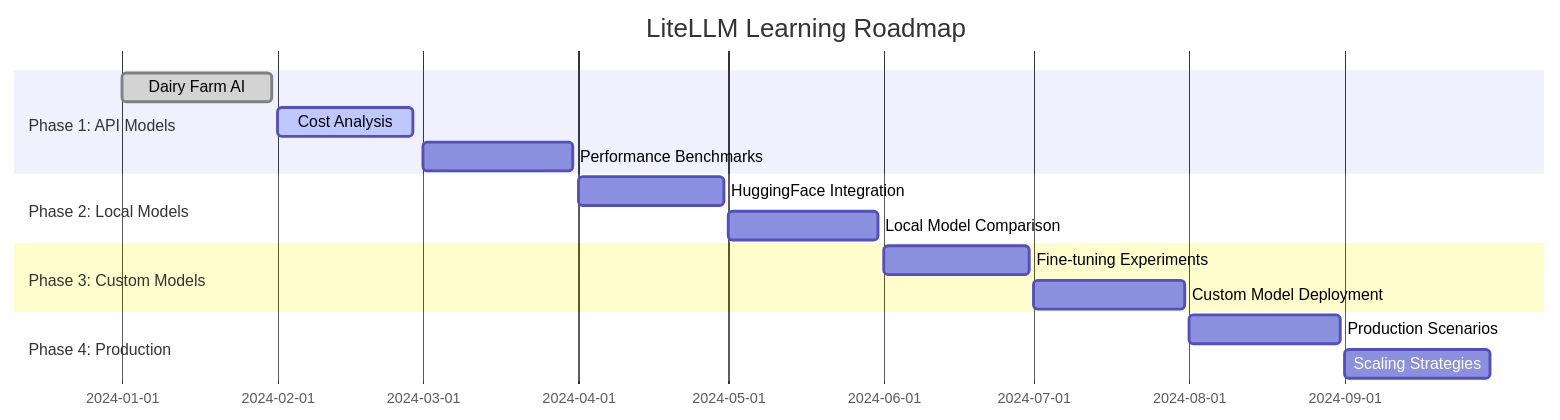
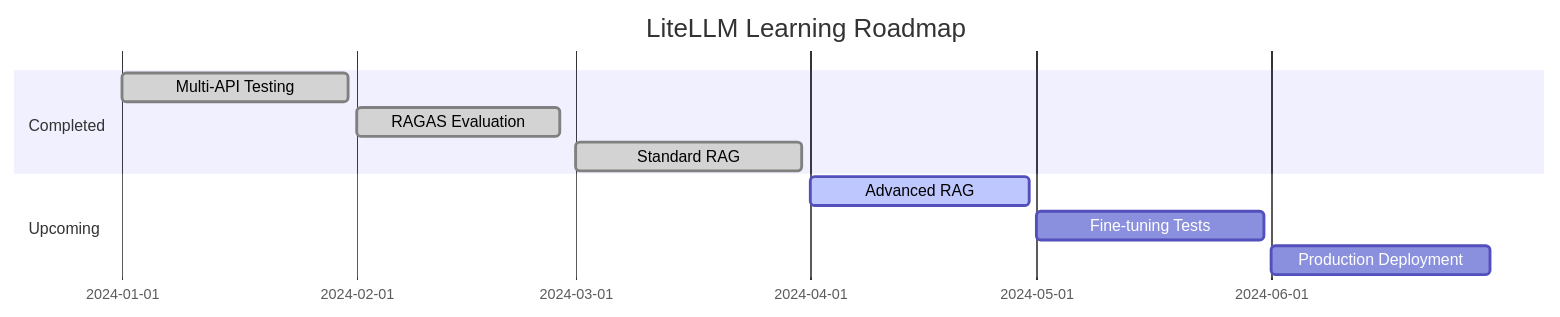
Before and after one commit to dhruvsh1997/LiteLLM-Experiments: the sixth of 8 diagrams in README.MD, drawn with Mermaid. The commit also changed other lines of this file, not shown here.

````diff
--- a/README.MD
+++ b/README.MD
@@ -330,21 +305,14 @@
 ```mermaid
 gantt
     title LiteLLM Learning Roadmap
     dateFormat  YYYY-MM-DD
-    section Phase 1: API Models
-    Dairy Farm AI          :done, dairy, 2024-01-01, 2024-01-31
-    Cost Analysis          :active, cost, 2024-02-01, 2024-02-28
-    Performance Benchmarks :perf, 2024-03-01, 2024-03-31
+    section Completed
+    Multi-API Testing      :done, exp1, 2024-01-01, 2024-01-31
+    RAGAS Evaluation       :done, exp2, 2024-02-01, 2024-02-28
+    Standard RAG           :done, exp3, 2024-03-01, 2024-03-31
     
-    section Phase 2: Local Models
-    HuggingFace Integration :hf, 2024-04-01, 2024-04-30
-    Local Model Comparison  :local, 2024-05-01, 2024-05-31
-    
-    section Phase 3: Custom Models
-    Fine-tuning Experiments :finetune, 2024-06-01, 2024-06-30
-    Custom Model Deployment :deploy, 2024-07-01, 2024-07-31
-    
-    section Phase 4: Production
-    Production Scenarios    :prod, 2024-08-01, 2024-08-31
-    Scaling Strategies      :scale, 2024-09-01, 2024-09-30
+    section Upcoming
+    Advanced RAG           :active, exp4, 2024-04-01, 2024-04-30
+    Fine-tuning Tests      :exp5, 2024-05-01, 2024-05-31
+    Production Deployment  :exp6, 2024-06-01, 2024-06-30
 ```
````
